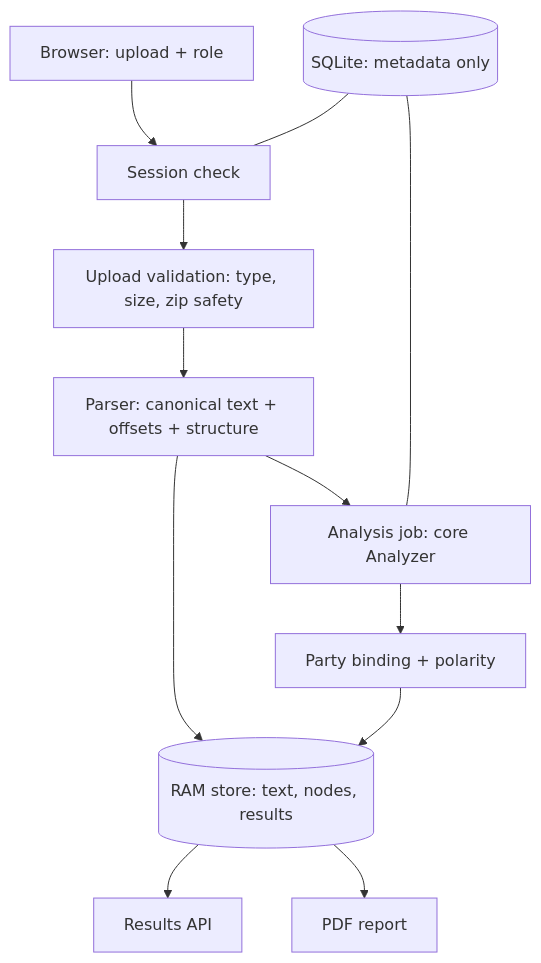
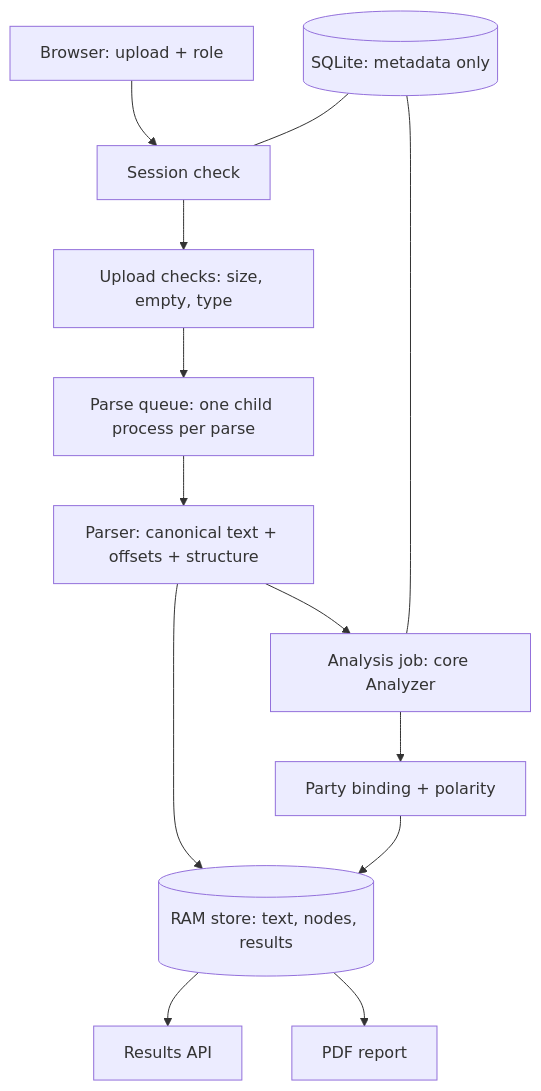
Before and after one commit to TheMEGALODON55681/clauseanchor: the diagram in docs/app/Architecture.md, drawn with Mermaid. The commit also changed other lines of this file and 27 other files, not shown here.

First line of the commit message:
feat(api): add document upload with validation and parse jobs

````diff
--- a/docs/app/Architecture.md
+++ b/docs/app/Architecture.md
@@ -11,14 +11,15 @@
 ```mermaid
 flowchart TD
     U[Browser: upload + role] --> S[Session check]
-    S --> V[Upload validation: type, size, zip safety]
-    V --> P[Parser: canonical text + offsets + structure]
+    S --> V[Upload checks: size, empty, type]
+    V --> Q[Parse queue: one child process per parse]
+    Q --> P[Parser: canonical text + offsets + structure]
     P --> M[(RAM store: text, nodes, results)]
     P --> A[Analysis job: core Analyzer]
     A --> K[Party binding + polarity]
     K --> M
     M --> R[Results API]
     M --> F[PDF report]
     D[(SQLite: metadata only)] --- S
     D --- A
 ```
````
